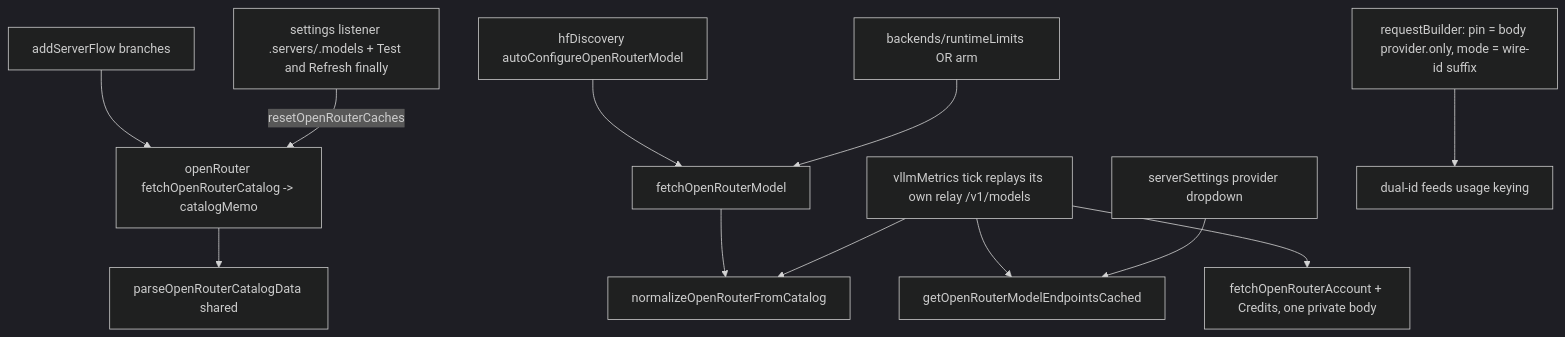
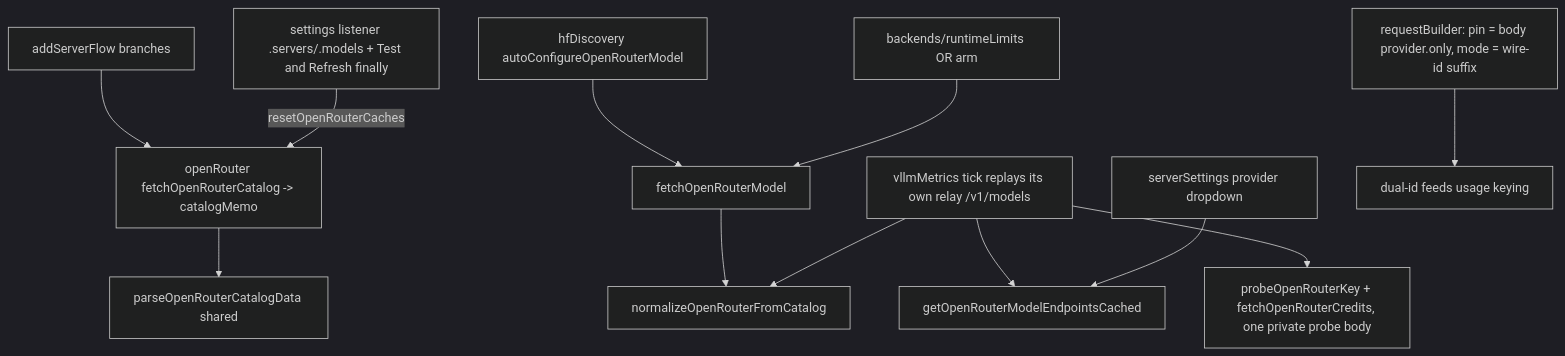
Before and after one commit to fuzzifikation/vLLM-Copilot: diagram 15 of 18 in docs/complexity-audit.md, drawn with Mermaid (dark theme). The commit also changed 17 other files, not shown here.

````diff
--- a/docs/complexity-audit.md
+++ b/docs/complexity-audit.md
@@ -566,14 +566,14 @@
 ```mermaid
 flowchart TD
     ASF[addServerFlow branches] --> CAT[openRouter fetchOpenRouterCatalog -> catalogMemo]
     HFD[hfDiscovery autoConfigureOpenRouterModel] --> FOM[fetchOpenRouterModel]
     RT[backends/runtimeLimits OR arm] --> FOM
     FOM --> NOR[normalizeOpenRouterFromCatalog]
     CAT --> PARSE[parseOpenRouterCatalogData shared]
     TICK[vllmMetrics tick replays its own relay /v1/models] --> NOR
     TICK --> EP[getOpenRouterModelEndpointsCached]
     SSV[serverSettings provider dropdown] --> EP
-    TICK --> ACC[fetchOpenRouterAccount + Credits, one private body]
+    TICK --> ACC[probeOpenRouterKey + fetchOpenRouterCredits, one private probe body]
     RB[requestBuilder: pin = body provider.only, mode = wire-id suffix] --> DUAL[dual-id feeds usage keying]
     EXT[settings listener .servers/.models + Test and Refresh finally] -->|resetOpenRouterCaches| CAT
 ```
````
